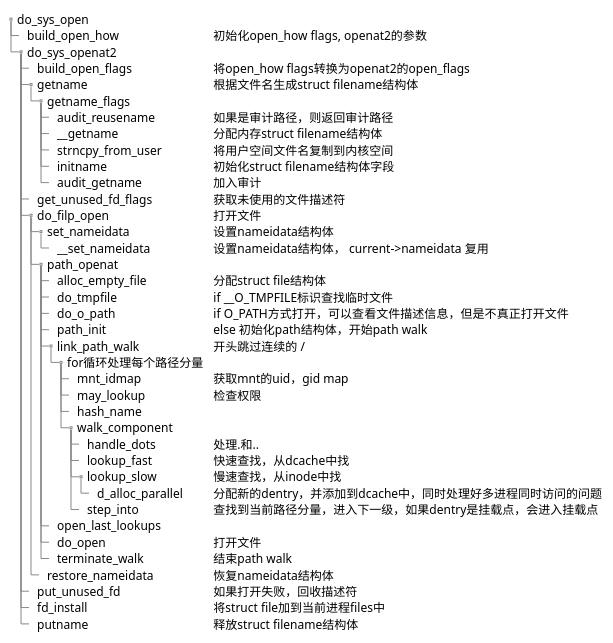
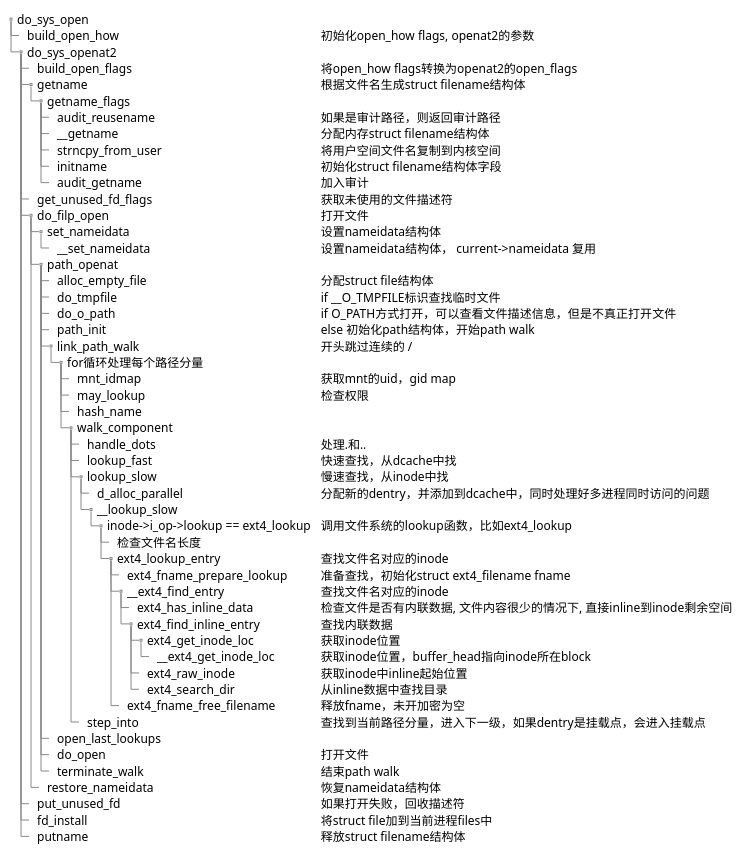
One commit to hml1006/linux-comment changed the first of 2 diagrams in notes/file.md. Above: the diagram before and after it, drawn with PlantUML.

Commit message:
更新文件lookup过程

````diff
--- a/notes/file.md
+++ b/notes/file.md
@@ -605,45 +605,58 @@
 ```plantuml
 @startsalt
 {{T
 + do_sys_open
 ++ build_open_how       | 初始化open_how flags, openat2的参数
 ++ do_sys_openat2
 +++ build_open_flags    | 将open_how flags转换为openat2的open_flags
 +++ getname             | 根据文件名生成struct filename结构体
 ++++ getname_flags
 +++++ audit_reusename   | 如果是审计路径，则返回审计路径
 +++++ __getname         | 分配内存struct filename结构体
 +++++ strncpy_from_user | 将用户空间文件名复制到内核空间
 +++++ initname          | 初始化struct filename结构体字段
 +++++ audit_getname     | 加入审计
 +++ get_unused_fd_flags | 获取未使用的文件描述符
 +++ do_filp_open    | 打开文件
 ++++ set_nameidata | 设置nameidata结构体
 +++++ __set_nameidata | 设置nameidata结构体， current->nameidata 复用
 ++++ path_openat
 +++++ alloc_empty_file | 分配struct file结构体
 +++++ do_tmpfile | if __O_TMPFILE标识查找临时文件
 +++++ do_o_path | if O_PATH方式打开，可以查看文件描述信息，但是不真正打开文件
 +++++ path_init | else 初始化path结构体，开始path walk
 +++++ link_path_walk    | 开头跳过连续的 /
 ++++++ for循环处理每个路径分量
 +++++++ mnt_idmap        | 获取mnt的uid，gid map
 +++++++ may_lookup | 检查权限
 +++++++ hash_name
 +++++++ walk_component
 ++++++++ handle_dots    | 处理.和..
 ++++++++ lookup_fast | 快速查找，从dcache中找
 ++++++++ lookup_slow | 慢速查找，从inode中找
 +++++++++ d_alloc_parallel | 分配新的dentry，并添加到dcache中，同时处理好多进程同时访问的问题
++++++++++ __lookup_slow
+++++++++++ inode->i_op->lookup == ext4_lookup | 调用文件系统的lookup函数，比如ext4_lookup
++++++++++++ 检查文件名长度
++++++++++++ ext4_lookup_entry | 查找文件名对应的inode
+++++++++++++ ext4_fname_prepare_lookup | 准备查找，初始化struct ext4_filename fname
+++++++++++++ __ext4_find_entry | 查找文件名对应的inode
++++++++++++++ ext4_has_inline_data | 检查文件是否有内联数据, 文件内容很少的情况下, 直接inline到inode剩余空间
++++++++++++++ ext4_find_inline_entry | 查找内联数据
+++++++++++++++ ext4_get_inode_loc | 获取inode位置
++++++++++++++++ __ext4_get_inode_loc | 获取inode位置，buffer_head指向inode所在block
+++++++++++++++ ext4_raw_inode | 获取inode中inline起始位置
+++++++++++++++ ext4_search_dir | 从inline数据中查找目录
+++++++++++++ ext4_fname_free_filename | 释放fname，未开加密为空
 ++++++++ step_into | 查找到当前路径分量，进入下一级，如果dentry是挂载点，会进入挂载点
 +++++ open_last_lookups
 +++++ do_open | 打开文件
 +++++ terminate_walk | 结束path walk
 ++++ restore_nameidata | 恢复nameidata结构体
 +++ put_unused_fd       | 如果打开失败，回收描述符
 +++ fd_install       | 将struct file加到当前进程files中
 +++ putname             | 释放struct filename结构体
 
 }}
 @endsalt
 ```
````
